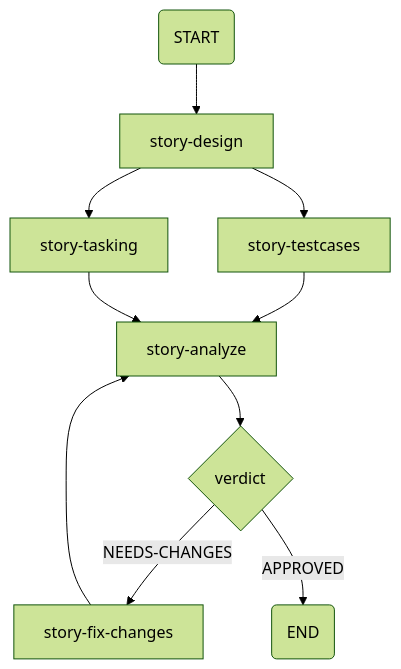
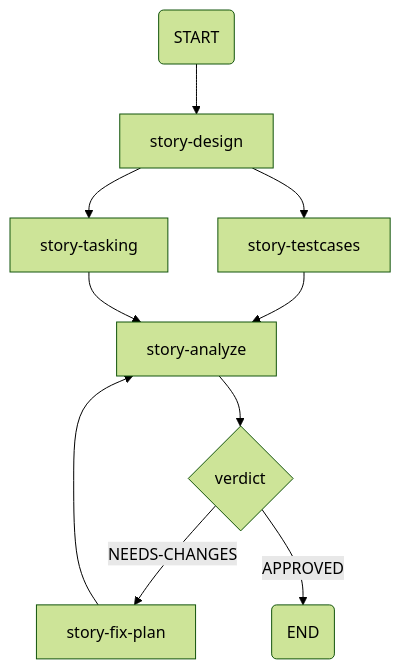
One commit to dariopalminio/agile-sddf changed the diagram in docs/architecture/diagrams/flowchart-story-plan.mermaid. Above: the diagram before and after it, drawn with Mermaid (forest theme). The commit also changed 24 other files, not shown here.

Commit message:
feat: add new skill story-fix-plan of story-146 and update EPIC-25

```diff
--- a/docs/architecture/diagrams/flowchart-story-plan.mermaid
+++ b/docs/architecture/diagrams/flowchart-story-plan.mermaid
@@ -1,10 +1,10 @@
 flowchart TD
   A(START)--> B[story-design]
   B --> C[story-testcases]
   B --> D[story-tasking]
   C --> E[story-analyze]
   D --> E[story-analyze]
   E --> F{verdict}
-  F-->|NEEDS-CHANGES| H[story-fix-changes]
+  F-->|NEEDS-CHANGES| H[story-fix-plan]
   H --> E[story-analyze]
   F-->|APPROVED| G(END)
```
